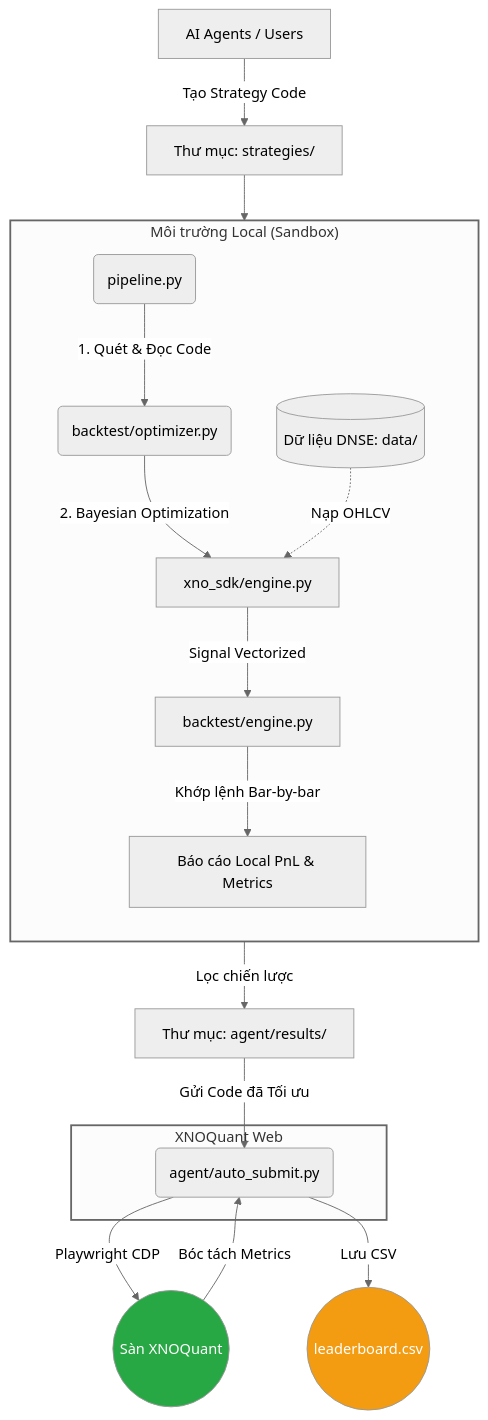
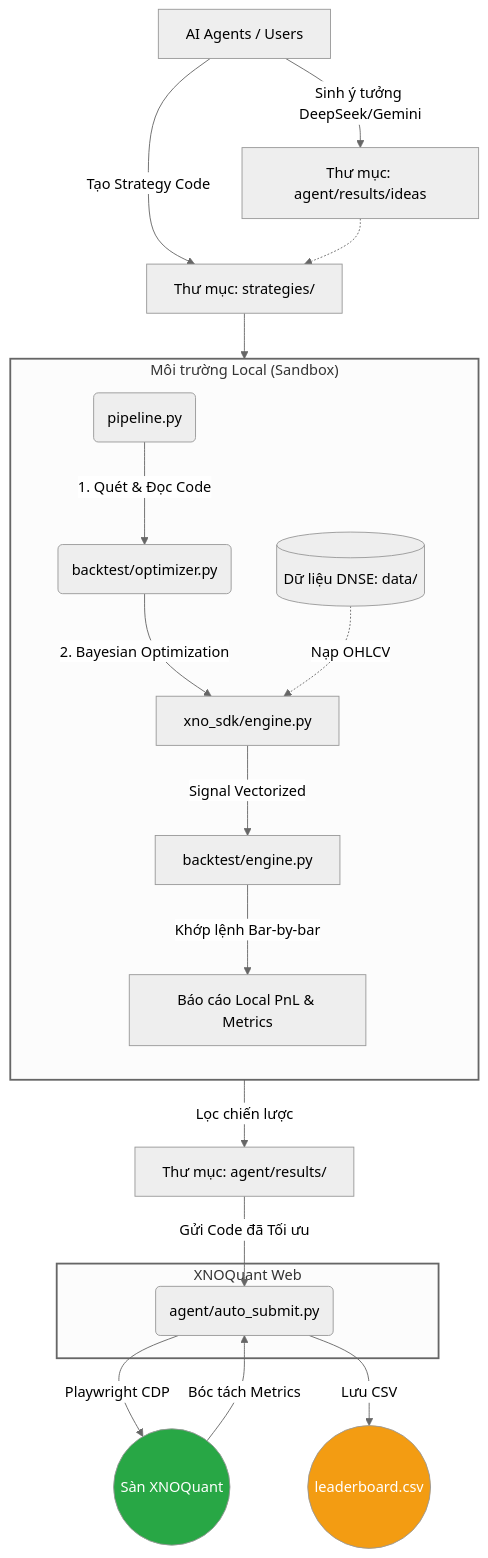
The diagram in README.md (NguyenTrungAnh-ultra/alpha_farm), drawn with Mermaid (neutral theme) before and after one commit. The commit also changed 165 other files, not shown here.

````diff
--- a/README.md
+++ b/README.md
@@ -9,32 +9,34 @@
 ```mermaid
 graph TD
     subagent[AI Agents / Users] -->|Tạo Strategy Code| strats[Thư mục: strategies/]
+    subagent -->|Sinh ý tưởng DeepSeek/Gemini| agent_ideas[Thư mục: agent/results/ideas]
     strats --> pipe(pipeline.py)
+    agent_ideas -.-> strats
 
     subgraph Local_Environment ["Môi trường Local (Sandbox)"]
         direction TB
         pipe -->|1. Quét & Đọc Code| opt(backtest/optimizer.py)
         opt -->|2. Bayesian Optimization| xno_sdk[xno_sdk/engine.py]
 
         xno_sdk -->|Signal Vectorized| bt_engine[backtest/engine.py]
         bt_engine -->|Khớp lệnh Bar-by-bar| report[Báo cáo Local PnL & Metrics]
 
         data[(Dữ liệu DNSE: data/)] -.->|Nạp OHLCV| xno_sdk
     end
 
     report -->|Lọc chiến lược| agent_res[Thư mục: agent/results/]
 
     subgraph Web_Environment ["XNOQuant Web"]
         auto_sub(agent/auto_submit.py)
     end
 
     agent_res -->|Gửi Code đã Tối ưu| auto_sub
     auto_sub -->|Playwright CDP| xno_web((Sàn XNOQuant))
     xno_web -->|Bóc tách Metrics| auto_sub
     auto_sub -->|Lưu CSV| leaderboard((leaderboard.csv))
 
     style Local_Environment stroke:#666,stroke-width:2px
     style Web_Environment stroke:#666,stroke-width:2px
     style xno_web fill:#28a745,color:#fff
     style leaderboard fill:#f39c12,color:#fff
 ```
````
